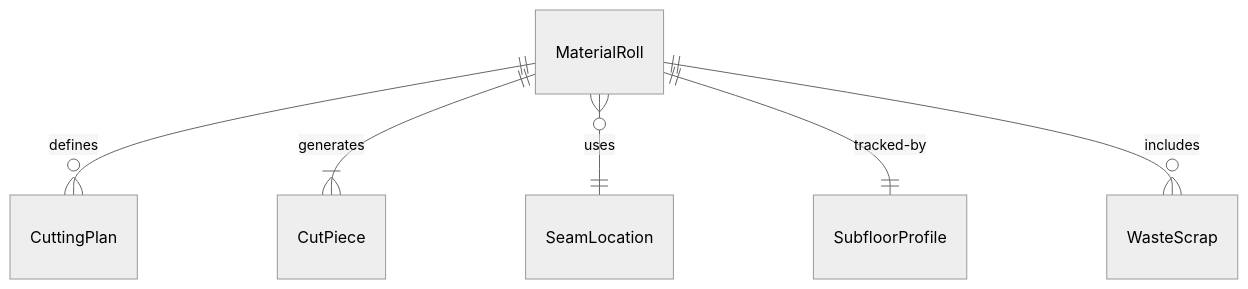
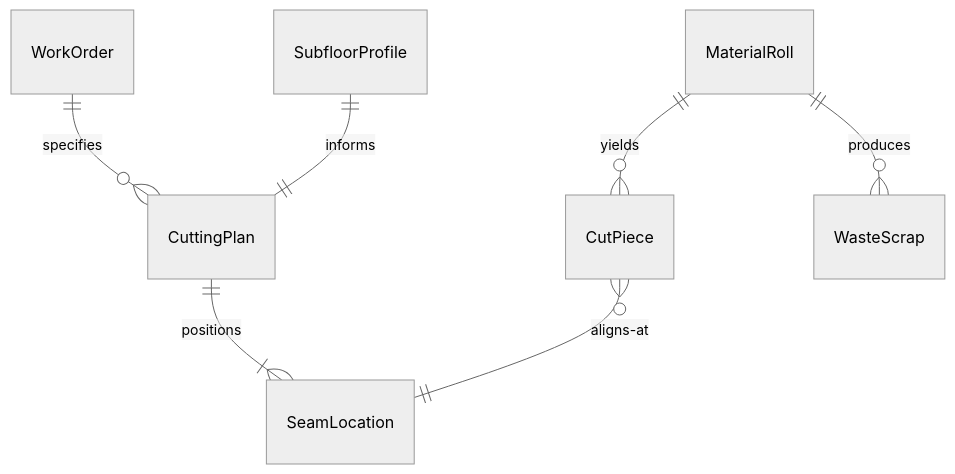
One commit to dot-org-ai/tasks.org.ai changed the first of 4 diagrams in HandlingAndMovingObjects/CutMaterials/CutCarpetVinylFlexibleMaterials.mdx. Above: the diagram before and after it, drawn with Mermaid (neutral theme). The commit also changed other lines of this file and 515 other files, not shown here.

````diff
--- a/HandlingAndMovingObjects/CutMaterials/CutCarpetVinylFlexibleMaterials.mdx
+++ b/HandlingAndMovingObjects/CutMaterials/CutCarpetVinylFlexibleMaterials.mdx
@@ -88,8 +88,9 @@
 ```mermaid
 erDiagram
-    MaterialRoll ||--o{ CuttingPlan : "defines"
-    MaterialRoll ||--|{ CutPiece : "generates"
-    MaterialRoll }o--|| SeamLocation : "uses"
-    MaterialRoll ||--|| SubfloorProfile : "tracked-by"
-    MaterialRoll ||--o{ WasteScrap : "includes"
+    WorkOrder ||--o{ CuttingPlan : "specifies"
+    CuttingPlan ||--|{ SeamLocation : "positions"
+    SubfloorProfile ||--|| CuttingPlan : "informs"
+    MaterialRoll ||--o{ CutPiece : "yields"
+    CutPiece }o--|| SeamLocation : "aligns-at"
+    MaterialRoll ||--o{ WasteScrap : "produces"
 ```
````
